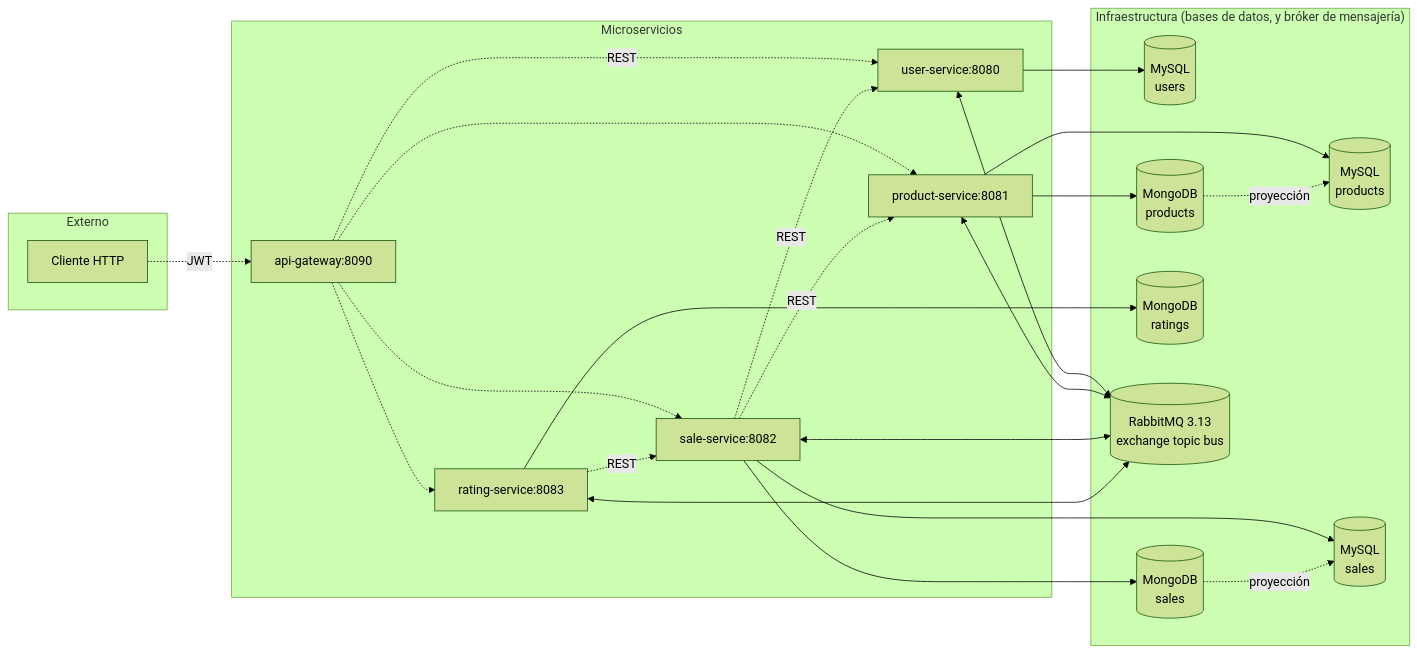
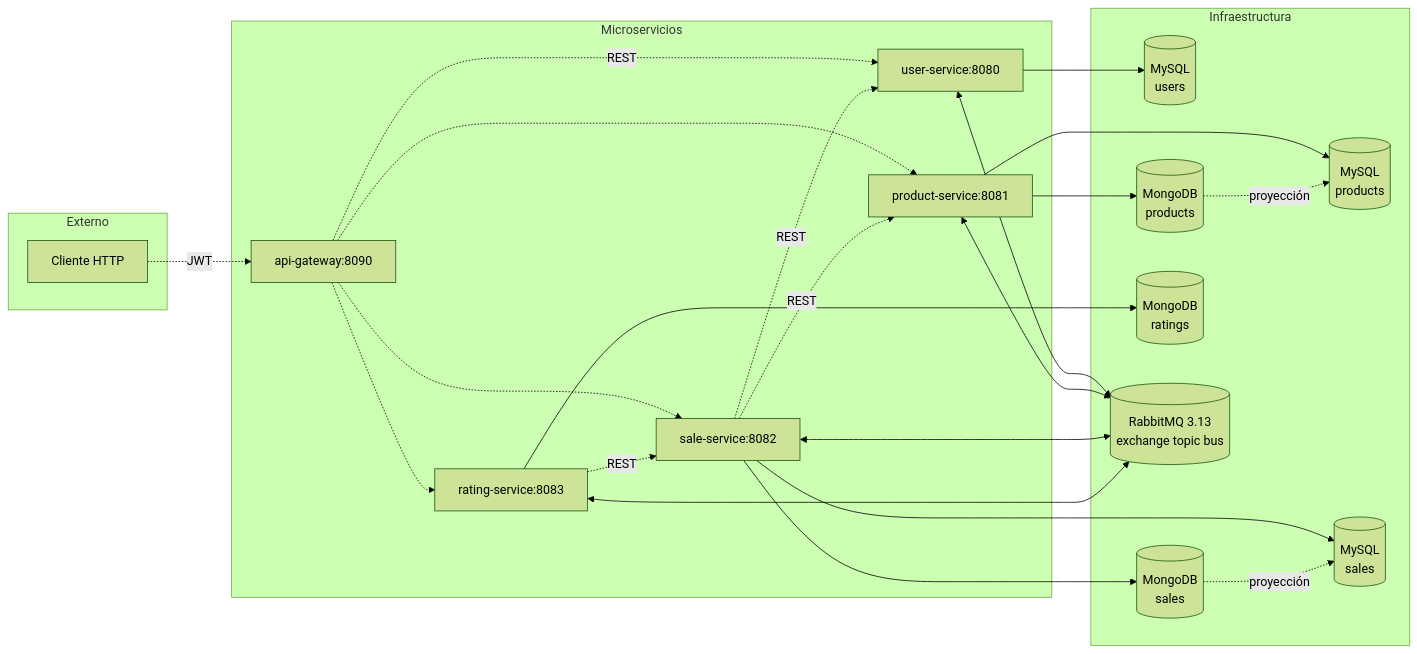
The diagram in docs/01-backend.md (ibracb/segundum), drawn with Mermaid (forest theme) before and after one commit.

Commit message:
Refactor subgraph title in backend documentation
Updated the subgraph title for infrastructure section.

````diff
--- a/docs/01-backend.md
+++ b/docs/01-backend.md
@@ -30,49 +30,49 @@
 ```mermaid
 flowchart LR
     subgraph Externo
         C[Cliente HTTP]
     end
 
     subgraph "Microservicios"
         G["api-gateway:8090"]
         U["user-service:8080"]
         P["product-service:8081"]
         S["sale-service:8082"]
         R["rating-service:8083"]
     end
 
-    subgraph "Infraestructura (bases de datos, y bróker de mensajería)"
+    subgraph "Infraestructura"
         MU[(MySQL<br/>users)]
         MP[(MySQL<br/>products)]
         MO[(MongoDB<br/>products)]
         MS[(MySQL<br/>sales)]
         SO[(MongoDB<br/>sales)]
         RO[(MongoDB<br/>ratings)]
         Q[(RabbitMQ 3.13<br/>exchange topic bus)]
     end
 
     C -.->|JWT| G
     G -.->|REST| U
     G -.-> P
     G -.-> S
     G -.-> R
 
     U --> MU
     P --> MP
     P --> MO
     S --> MS
     S --> SO
     R --> RO
 
     U <--> Q
     P <--> Q
     S <--> Q
     R <--> Q
 
     S -.->|REST| U
     S -.->|REST| P
     R -.->|REST| S
 
     MO -.->|proyección| MP
     SO -.->|proyección| MS
 ```
````
